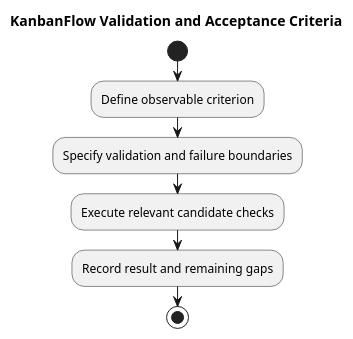
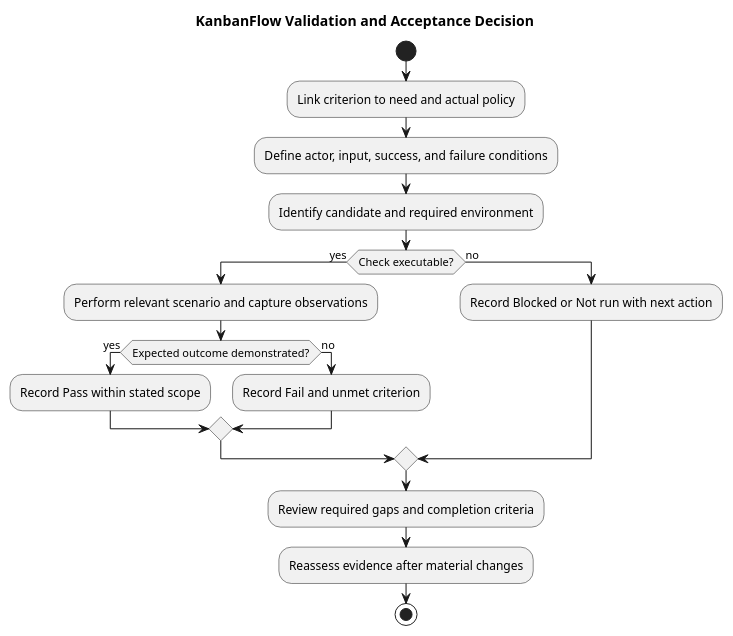
Before and after one commit to Farhad-Valizadegan/Web-KanbanFlow: the diagram in docs/SDLC/02-requirements/validation-and-acceptance-criteria.md, drawn with PlantUML. The commit also changed other lines of this file and 2 other files, not shown here.

Commit message:
docs: complete validation acceptance scenarios and evidence rules

````diff
--- a/docs/SDLC/02-requirements/validation-and-acceptance-criteria.md
+++ b/docs/SDLC/02-requirements/validation-and-acceptance-criteria.md
@@ -57,11 +156,22 @@
 ```plantuml
 @startuml
-title KanbanFlow Validation and Acceptance Criteria
+title KanbanFlow Validation and Acceptance Decision
 start
-:Define observable criterion;
-:Specify validation and failure boundaries;
-:Execute relevant candidate checks;
-:Record result and remaining gaps;
+:Link criterion to need and actual policy;
+:Define actor, input, success, and failure conditions;
+:Identify candidate and required environment;
+if (Check executable?) then (yes)
+ :Perform relevant scenario and capture observations;
+ if (Expected outcome demonstrated?) then (yes)
+  :Record Pass within stated scope;
+ else (no)
+  :Record Fail and unmet criterion;
+ endif
+else (no)
+ :Record Blocked or Not run with next action;
+endif
+:Review required gaps and completion criteria;
+:Reassess evidence after material changes;
 stop
 @enduml
 ```
````
